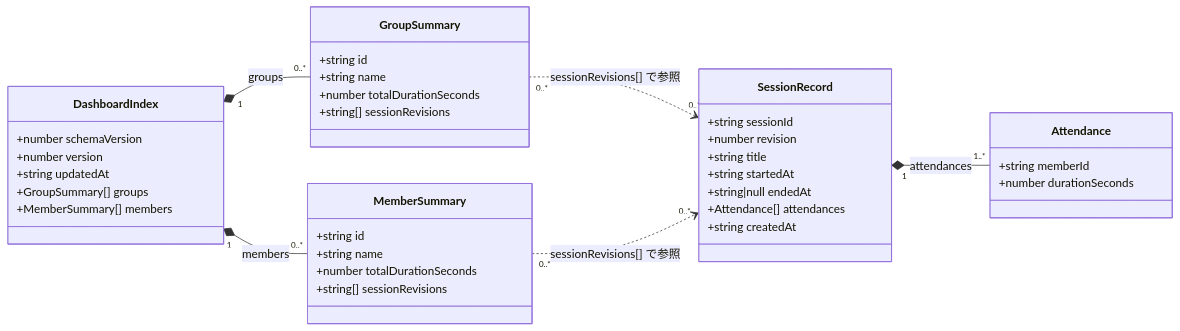
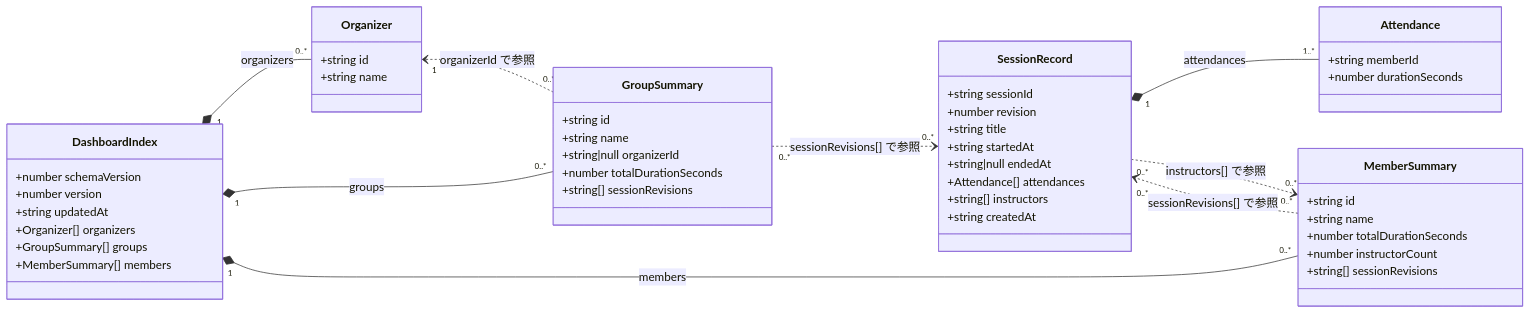
One commit to nuitsjp/teams-board changed the diagram in docs/data-model.md. Above: the diagram before and after it, drawn with Mermaid. The commit also changed other lines of this file and 6 other files, not shown here.

````diff
--- a/docs/data-model.md
+++ b/docs/data-model.md
@@ -19,47 +19,59 @@
 ```mermaid
 classDiagram
     direction LR
 
     class DashboardIndex {
         +number schemaVersion
         +number version
         +string updatedAt
+        +Organizer[] organizers
         +GroupSummary[] groups
         +MemberSummary[] members
+    }
+
+    class Organizer {
+        +string id
+        +string name
     }
 
     class GroupSummary {
         +string id
         +string name
+        +string|null organizerId
         +number totalDurationSeconds
         +string[] sessionRevisions
     }
 
     class MemberSummary {
         +string id
         +string name
         +number totalDurationSeconds
+        +number instructorCount
         +string[] sessionRevisions
     }
 
     class SessionRecord {
         +string sessionId
         +number revision
         +string title
         +string startedAt
         +string|null endedAt
         +Attendance[] attendances
+        +string[] instructors
         +string createdAt
     }
 
     class Attendance {
         +string memberId
         +number durationSeconds
     }
 
+    DashboardIndex "1" *-- "0..*" Organizer : organizers
     DashboardIndex "1" *-- "0..*" GroupSummary : groups
     DashboardIndex "1" *-- "0..*" MemberSummary : members
+    Organizer "1" <.. "0..*" GroupSummary : organizerId で参照
     GroupSummary "0..*" ..> "0..*" SessionRecord : sessionRevisions[] で参照
     MemberSummary "0..*" ..> "0..*" SessionRecord : sessionRevisions[] で参照
     SessionRecord "1" *-- "1..*" Attendance : attendances
+    SessionRecord "0..*" ..> "0..*" MemberSummary : instructors[] で参照
 ```
````
